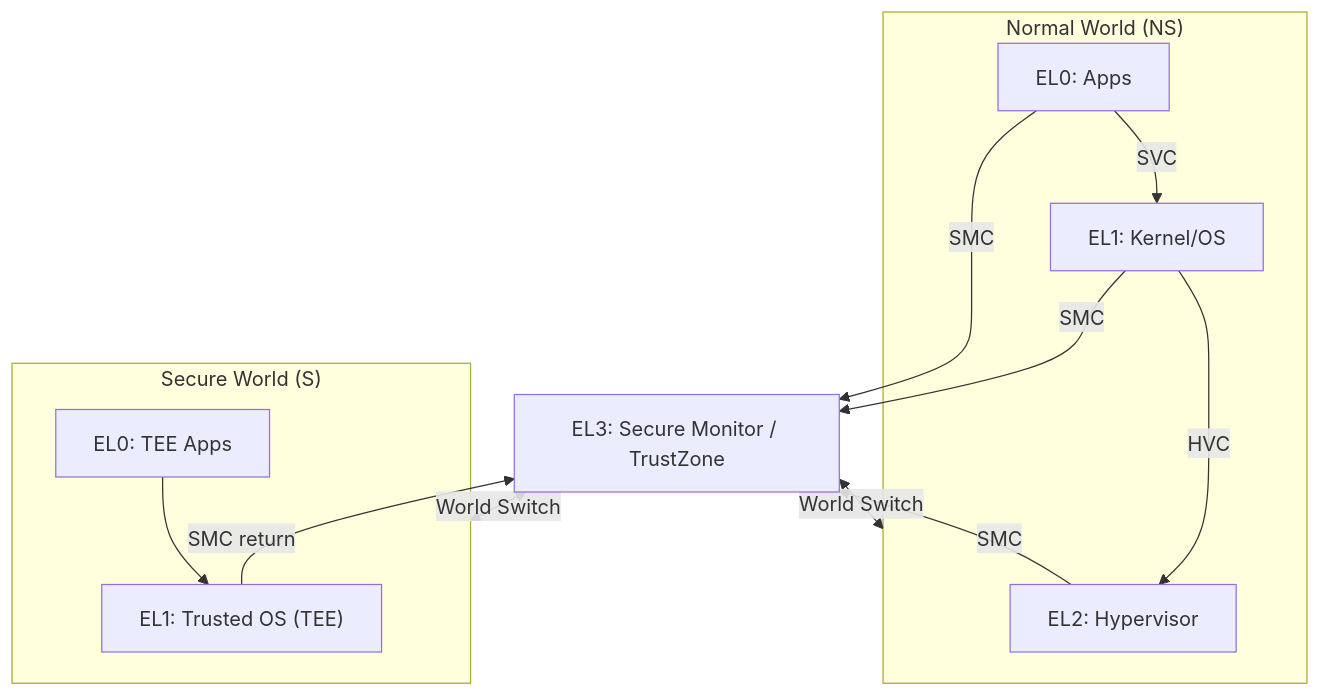
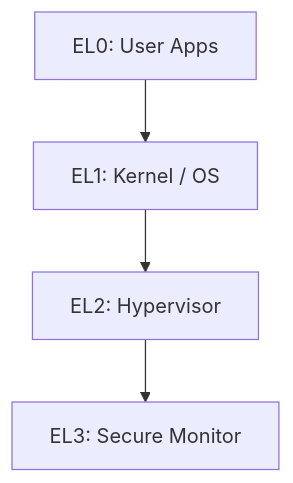
Before and after one commit to TheBestUsagi/internship: the second of 2 diagrams in docs/week1.md, drawn with Mermaid.

````diff
--- a/docs/week1.md
+++ b/docs/week1.md
@@ -112,29 +112,8 @@
- ```mermaid
+```mermaid
 flowchart TB
-  %% nodes
-  EL3["EL3: Secure Monitor / TrustZone"]
-
-  subgraph N ["Normal World (NS)"]
-    EL2N["EL2: Hypervisor"]
-    EL1N["EL1: Kernel/OS"]
-    EL0N["EL0: Apps"]
-  end
-
-  subgraph S ["Secure World (S)"]
-    EL1S["EL1: Trusted OS (TEE)"]
-    EL0S["EL0: TEE Apps"]
-  end
-
-  %% edges (use ASCII only in labels)
-  EL0N -->|SVC| EL1N
-  EL1N -->|HVC| EL2N
-  EL0N -->|SMC| EL3
-  EL1N -->|SMC| EL3
-  EL2N -->|SMC| EL3
-
-  EL0S --> EL1S
-  EL1S -->|SMC return| EL3
-
-  EL3 <--> |World Switch| N
-  EL3 <--> |World Switch| S
+  EL3["EL3: Secure Monitor"]
+  EL2["EL2: Hypervisor"]
+  EL1["EL1: Kernel / OS"]
+  EL0["EL0: User Apps"]
+  EL0 --> EL1 --> EL2 --> EL3
 ```
````
